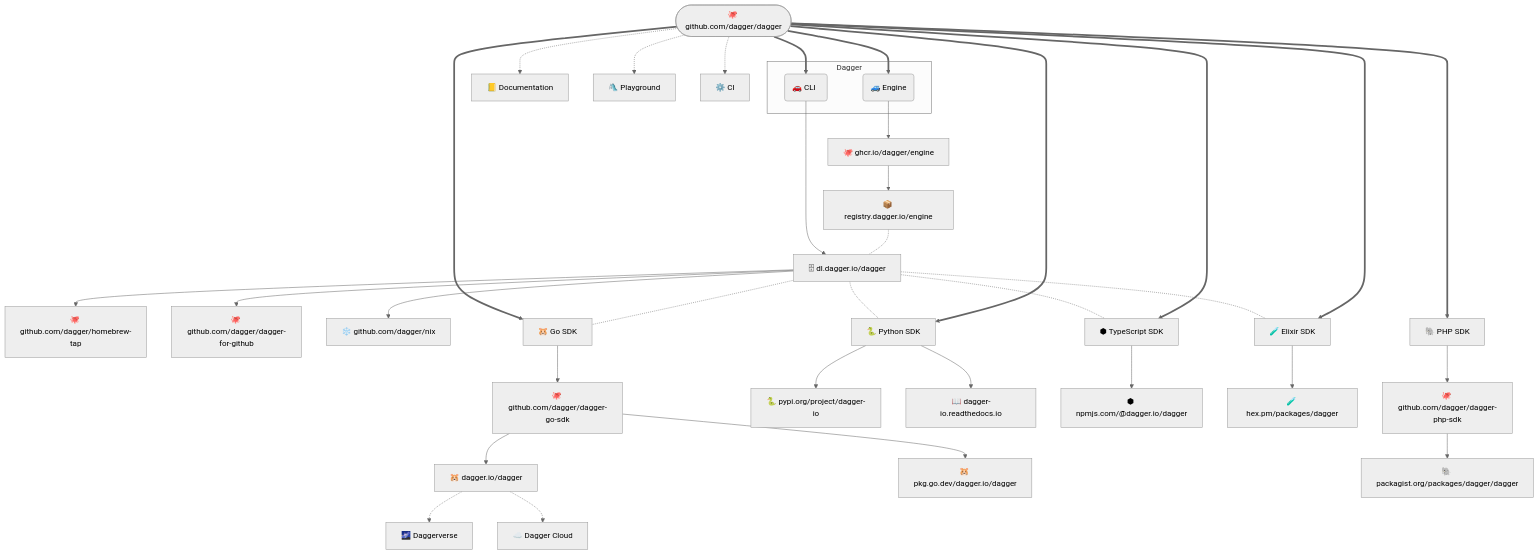
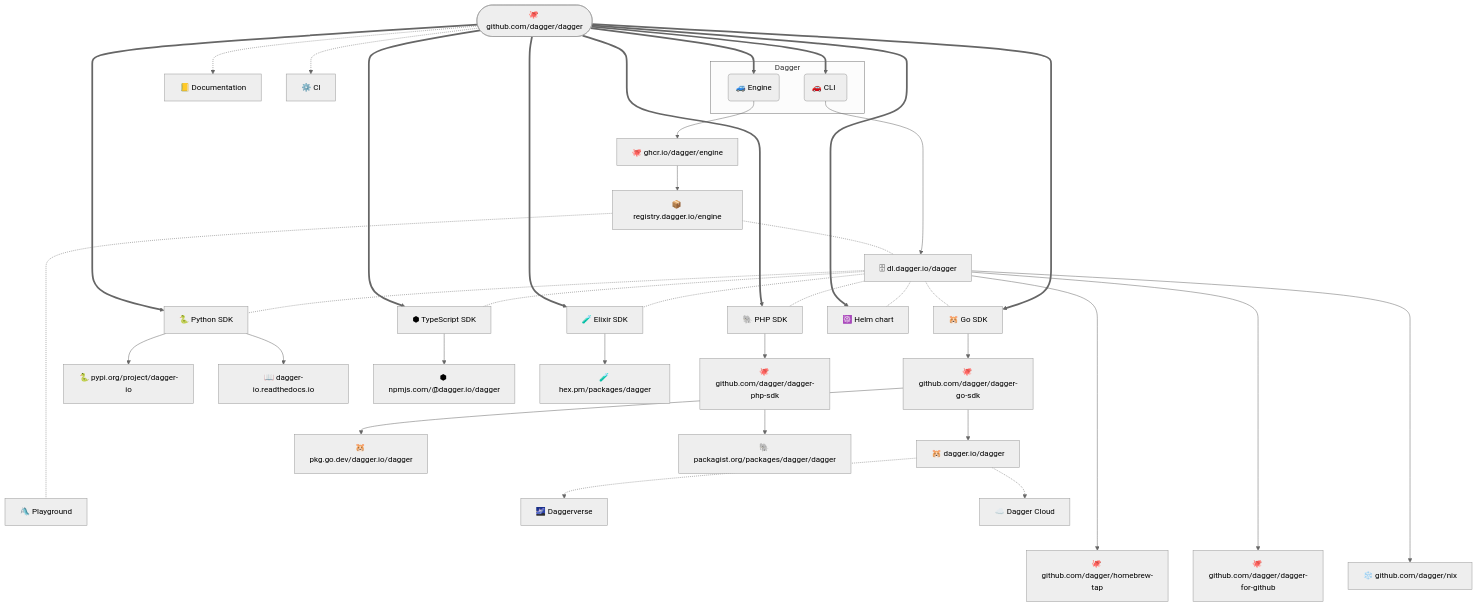
Before and after one commit to dagger/dagger: the diagram in RELEASING.md, drawn with Mermaid (neutral theme). The commit also changed other lines of this file and 3 other files, not shown here.

````diff
--- a/RELEASING.md
+++ b/RELEASING.md
@@ -23,54 +24,59 @@
 ```mermaid
 flowchart TB
     repo(["🐙 github.com/dagger/dagger"])
     docs["📒 Documentation"]
-    playground["🛝 Playground"]
     ci["⚙️ CI"]
-    repo -.-> docs & playground & ci
+    repo -.-> docs & ci
 
     subgraph Dagger
         engine("🚙 Engine")
         cli("🚗 CLI &nbsp;")
     end
 
     repo ==> engine & cli
 
     S3["🗄 dl.dagger.io/dagger"]
     brew-tap["🐙 github.com/dagger/homebrew-tap"]
     github-action["🐙 github.com/dagger/dagger-for-github"]
     nix["❄️ github.com/dagger/nix"]
-    cli --> S3 --> brew-tap & github-action & nix
+    cli --> S3 ------> brew-tap & github-action & nix
 
     registry["📦 registry.dagger.io/engine"]
     ghcr["🐙 ghcr.io/dagger/engine"]
     engine --> ghcr --> registry
 
     go["🐹 Go SDK"]
     go-repo["🐙 github.com/dagger/dagger-go-sdk"]
     go-pkg["🐹 dagger.io/dagger"]
     go-ref["🐹 pkg.go.dev/dagger.io/dagger"]
+    playground["🛝 Playground"]
     daggerverse["🌌 Daggerverse"]
     cloud["☁️ Dagger Cloud"]
 
     repo ==> go --> go-repo --> go-pkg & go-ref
     go-pkg -.-> daggerverse & cloud
-    registry -.- S3 -.- go & python & typescript & elixir
+    registry -.- S3 -.- go & python & typescript & elixir & php & helm
+
+    registry -.....- playground
 
     python["🐍 Python SDK"]
     pypi["🐍 pypi.org/project/dagger-io"]
     readthedocs["📖 dagger-io.readthedocs.io"]
     repo ==> python --> pypi & readthedocs
 
     typescript["⬢ TypeScript SDK"]
     npm["⬢ npmjs.com/@dagger.io/dagger"]
     repo ==> typescript --> npm
 
     elixir["🧪 Elixir SDK"]
     hex["🧪 hex.pm/packages/dagger"]
     repo ==> elixir --> hex
 
     php["🐘 PHP SDK"]
     php-repo["🐙 github.com/dagger/dagger-php-sdk"]
     php-pkg["🐘 packagist.org/packages/dagger/dagger"]
     repo ======> php --> php-repo --> php-pkg
+
+    helm["☸️ Helm chart"]
+    repo ======> helm
 ```
````
